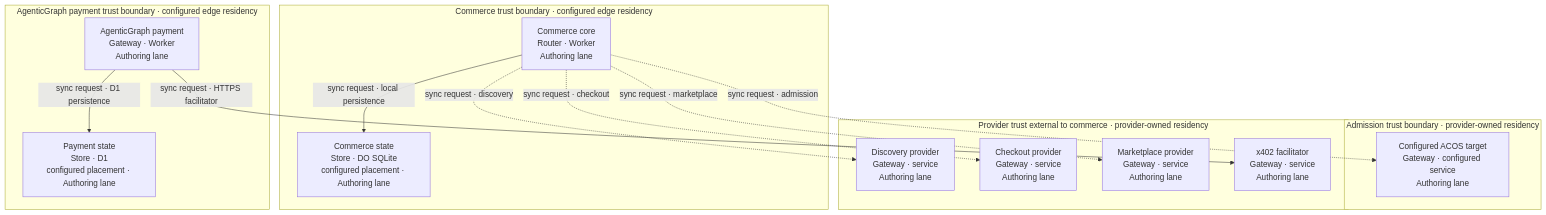
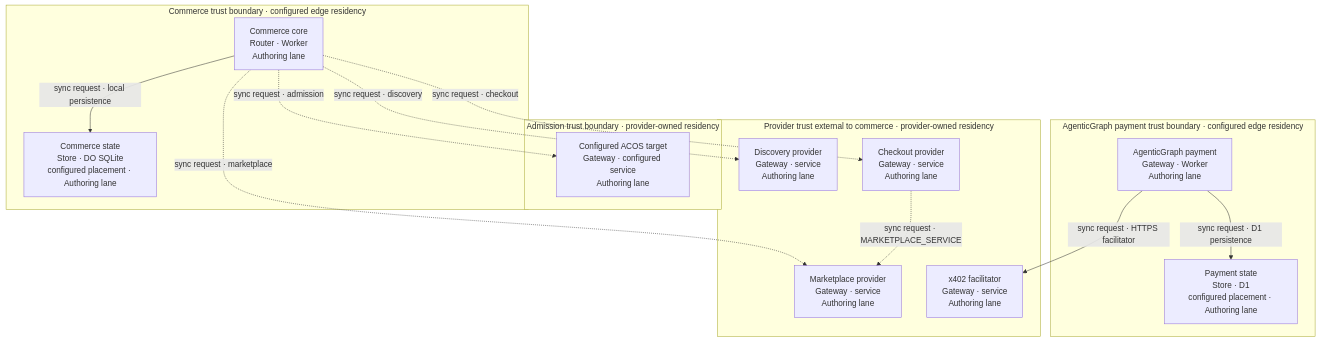
The second of 3 diagrams in guides/COMPOSITION-ARCHITECTURE.md (huijoohwee/agentic-os), drawn with Mermaid before and after one commit. The commit also changed other lines of this file and 1 other file, not shown here.

````diff
--- a/guides/COMPOSITION-ARCHITECTURE.md
+++ b/guides/COMPOSITION-ARCHITECTURE.md
@@ -170,28 +178,29 @@
 ```mermaid
 flowchart TB
     subgraph admission_zone["Admission trust boundary · provider-owned residency"]
         ACOS_ADM["Configured ACOS target<br/>Gateway · configured service<br/>Authoring lane"]
     end
     subgraph commerce_zone["Commerce trust boundary · configured edge residency"]
         COMMERCE_CORE["Commerce core<br/>Router · Worker<br/>Authoring lane"]
         COMMERCE_STORE["Commerce state<br/>Store · DO SQLite<br/>configured placement · Authoring lane"]
     end
     subgraph agenticgraph_zone["AgenticGraph payment trust boundary · configured edge residency"]
         AG_PAY["AgenticGraph payment<br/>Gateway · Worker<br/>Authoring lane"]
         AG_STORE["Payment state<br/>Store · D1<br/>configured placement · Authoring lane"]
     end
     subgraph provider_zone["Provider trust external to commerce · provider-owned residency"]
         DISCOVERY_RT["Discovery provider<br/>Gateway · service<br/>Authoring lane"]
         CHECKOUT_RT["Checkout provider<br/>Gateway · service<br/>Authoring lane"]
         MARKET_RT["Marketplace provider<br/>Gateway · service<br/>Authoring lane"]
         X402_FAC["x402 facilitator<br/>Gateway · service<br/>Authoring lane"]
     end
 
     COMMERCE_CORE -.->|"sync request · admission"| ACOS_ADM
     COMMERCE_CORE -.->|"sync request · discovery"| DISCOVERY_RT
     COMMERCE_CORE -.->|"sync request · checkout"| CHECKOUT_RT
     COMMERCE_CORE -.->|"sync request · marketplace"| MARKET_RT
+    CHECKOUT_RT -.->|"sync request · MARKETPLACE_SERVICE"| MARKET_RT
     COMMERCE_CORE -->|"sync request · local persistence"| COMMERCE_STORE
     AG_PAY -->|"sync request · D1 persistence"| AG_STORE
     AG_PAY -->|"sync request · HTTPS facilitator"| X402_FAC
 ```
````
